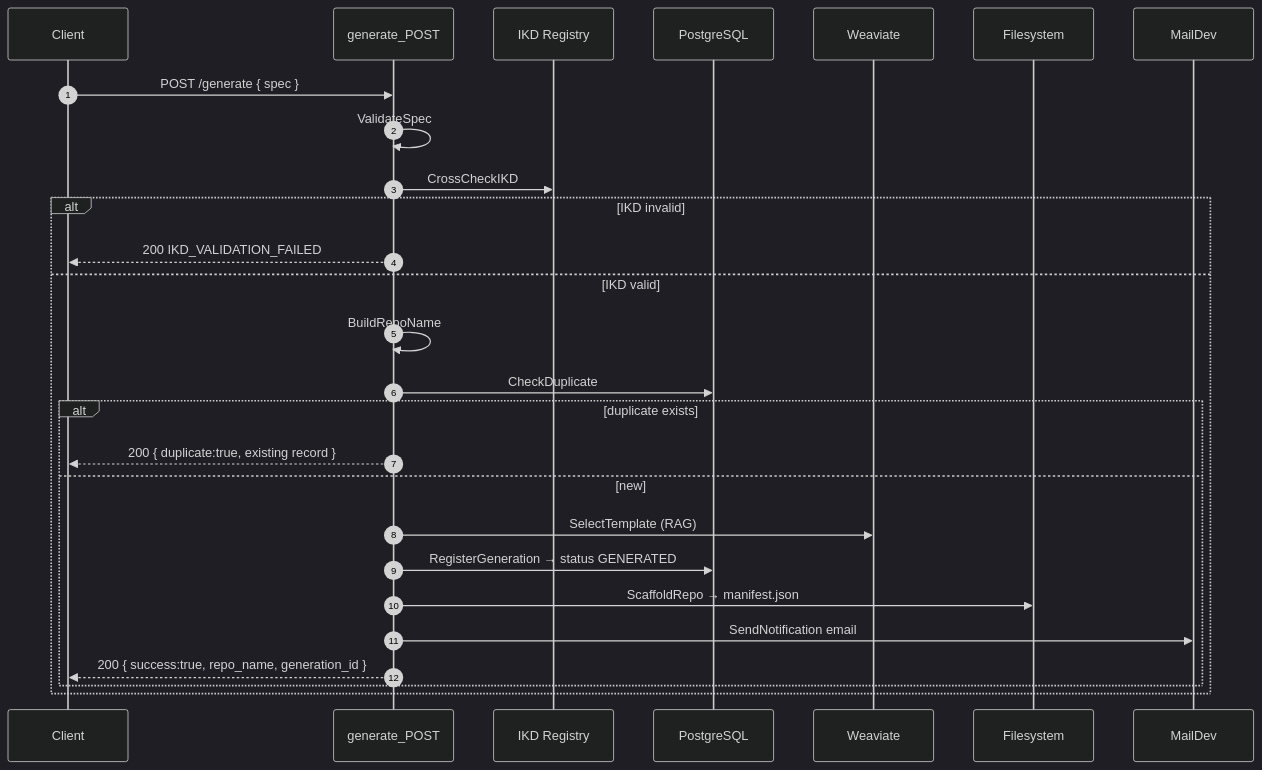
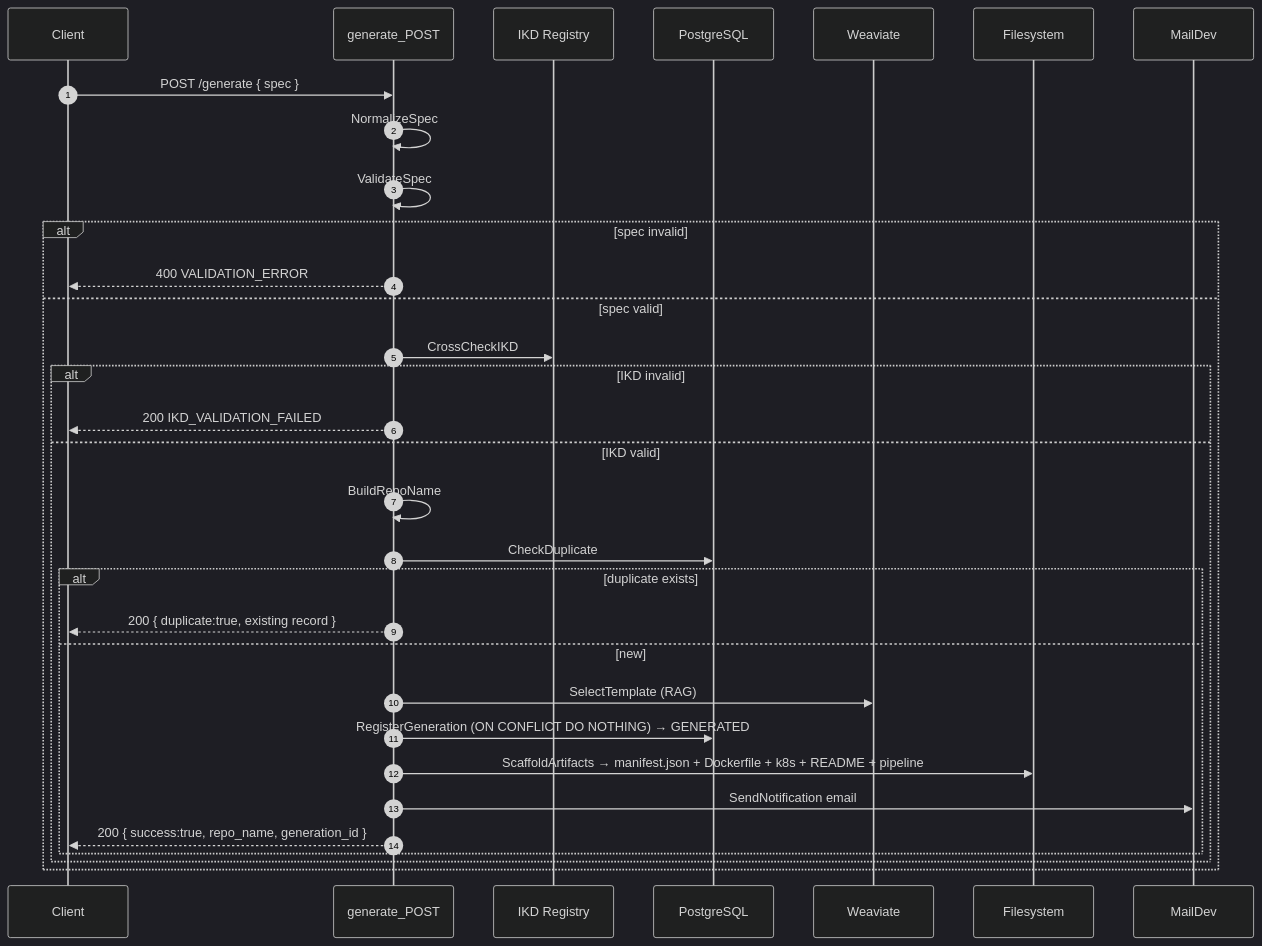
One commit to mpandav-tibco/ai-template-generator changed the second of 2 diagrams in README.md. Above: the diagram before and after it, drawn with Mermaid (dark theme). The commit also changed other lines of this file, not shown here.

Commit message:
docs: align README architecture diagram + flows with implementation
- Architecture: replace unused pongo2prompt/agentactivity nodes with #ruleengine pre-extract -> #ragQuery (Weaviate + Ollama); show chat_session in PostgreSQL.
- Sequence: add NormalizeSpec + 400 VALIDATION_ERROR branch + ON CONFLICT DO NOTHING + 5 scaffolded files.
- API endpoints: add GET /, /docs, /openapi.json.
- Flows: chat session state persisted in PostgreSQL chat_session (was 'Flogo SharedData').

````diff
--- a/README.md
+++ b/README.md
@@ -68,30 +70,35 @@
 ```mermaid
 sequenceDiagram
     autonumber
     participant C as Client
     participant G as generate_POST
     participant IKD as IKD Registry
     participant DB as PostgreSQL
     participant WV as Weaviate
     participant FS as Filesystem
     participant M as MailDev
 
     C->>G: POST /generate { spec }
+    G->>G: NormalizeSpec
     G->>G: ValidateSpec
-    G->>IKD: CrossCheckIKD
-    alt IKD invalid
-        G-->>C: 200 IKD_VALIDATION_FAILED
-    else IKD valid
-        G->>G: BuildRepoName
-        G->>DB: CheckDuplicate
-        alt duplicate exists
-            G-->>C: 200 { duplicate:true, existing record }
-        else new
-            G->>WV: SelectTemplate (RAG)
-            G->>DB: RegisterGeneration → status GENERATED
-            G->>FS: ScaffoldRepo → manifest.json
-            G->>M: SendNotification email
-            G-->>C: 200 { success:true, repo_name, generation_id }
+    alt spec invalid
+        G-->>C: 400 VALIDATION_ERROR
+    else spec valid
+        G->>IKD: CrossCheckIKD
+        alt IKD invalid
+            G-->>C: 200 IKD_VALIDATION_FAILED
+        else IKD valid
+            G->>G: BuildRepoName
+            G->>DB: CheckDuplicate
+            alt duplicate exists
+                G-->>C: 200 { duplicate:true, existing record }
+            else new
+                G->>WV: SelectTemplate (RAG)
+                G->>DB: RegisterGeneration (ON CONFLICT DO NOTHING) → GENERATED
+                G->>FS: ScaffoldArtifacts → manifest.json + Dockerfile + k8s + README + pipeline
+                G->>M: SendNotification email
+                G-->>C: 200 { success:true, repo_name, generation_id }
+            end
         end
     end
 ```
````
